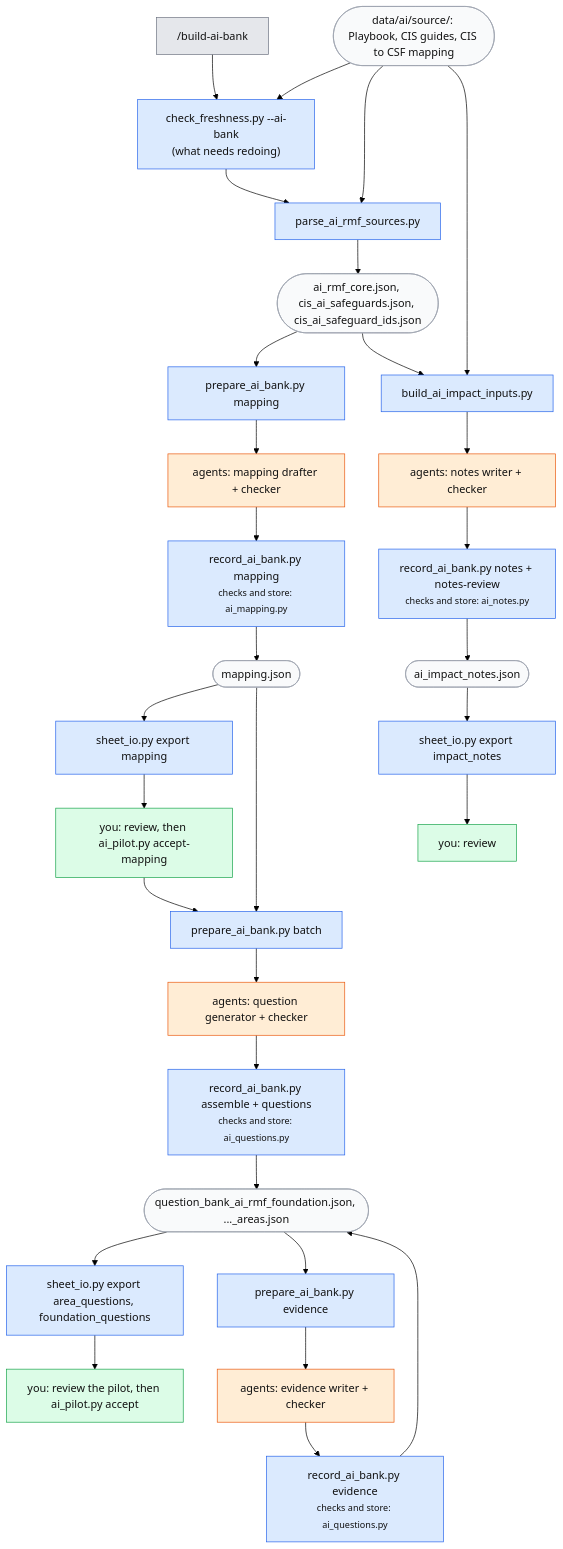
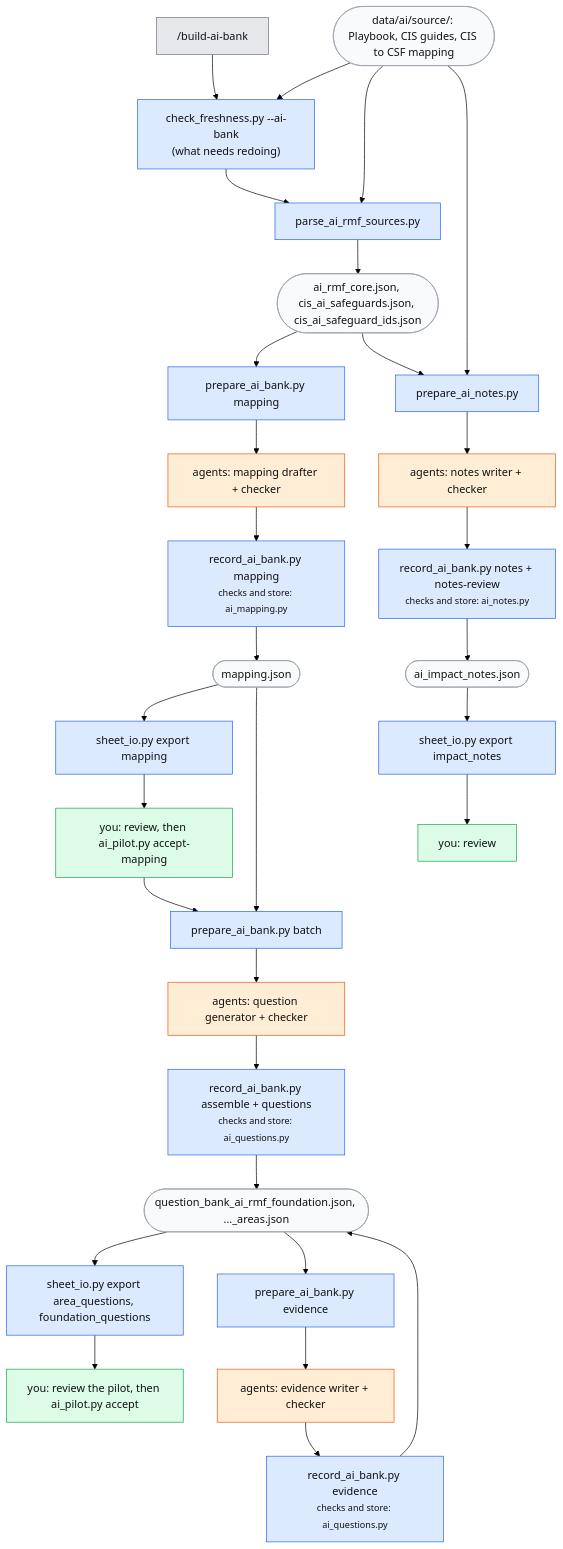
The third of 3 diagrams in docs/guide.md (srilekha82/csf-ai-self-assessment), drawn with Mermaid (forest theme) before and after one commit. The commit also changed other lines of this file and 3 other files, not shown here.

First line of the commit message:
Rename build_ai_impact_inputs.py to prepare_ai_notes.py

````diff
--- a/docs/guide.md
+++ b/docs/guide.md
@@ -167,27 +167,27 @@
 ```mermaid
 flowchart TD
     B["/build-ai-bank"]:::cmd --> CF["check_freshness.py --ai-bank<br/>(what needs redoing)"]:::script
     SRC([data/ai/source/: Playbook, CIS guides, CIS to CSF mapping]):::file --> CF
     CF --> PS[parse_ai_rmf_sources.py]:::script
     SRC --> PS --> CORE([ai_rmf_core.json, cis_ai_safeguards.json, cis_ai_safeguard_ids.json]):::file
 
     CORE --> PM["prepare_ai_bank.py mapping"]:::script --> AM["agents: mapping drafter + checker"]:::agent --> RM["record_ai_bank.py mapping<br/><small>checks and store: ai_mapping.py</small>"]:::script --> MAP([mapping.json]):::file
     MAP --> SM["sheet_io.py export mapping"]:::script --> U1["you: review, then ai_pilot.py accept-mapping"]:::you
 
     U1 --> PB["prepare_ai_bank.py batch"]:::script
     MAP --> PB --> AQ["agents: question generator + checker"]:::agent --> RQ["record_ai_bank.py assemble + questions<br/><small>checks and store: ai_questions.py</small>"]:::script --> BANKS([question_bank_ai_rmf_foundation.json, ..._areas.json]):::file
     BANKS --> SQ["sheet_io.py export area_questions, foundation_questions"]:::script --> U2["you: review the pilot, then ai_pilot.py accept"]:::you
 
     BANKS --> PE["prepare_ai_bank.py evidence"]:::script --> AE["agents: evidence writer + checker"]:::agent --> RE["record_ai_bank.py evidence<br/><small>checks and store: ai_questions.py</small>"]:::script --> BANKS
 
-    SRC --> BI[build_ai_impact_inputs.py]:::script
+    SRC --> BI[prepare_ai_notes.py]:::script
     CORE --> BI --> AN["agents: notes writer + checker"]:::agent --> RN["record_ai_bank.py notes + notes-review<br/><small>checks and store: ai_notes.py</small>"]:::script --> NOTES([ai_impact_notes.json]):::file
     NOTES --> SN["sheet_io.py export impact_notes"]:::script --> U3["you: review"]:::you
 
     classDef cmd fill:#e5e7eb,stroke:#6b7280,color:#111
     classDef script fill:#dbeafe,stroke:#2563eb,color:#111
     classDef agent fill:#ffedd5,stroke:#ea580c,color:#111
     classDef you fill:#dcfce7,stroke:#16a34a,color:#111
     classDef file fill:#f9fafb,stroke:#9ca3af,color:#111
     classDef stop fill:#fee2e2,stroke:#dc2626,color:#111
 ```
````
